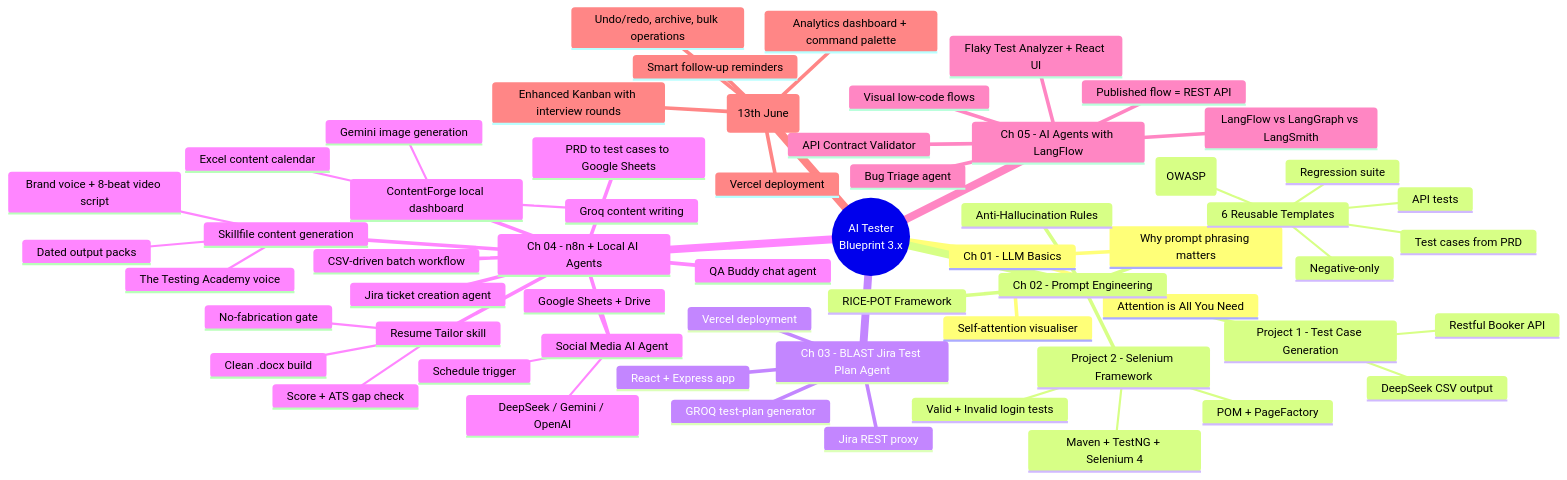
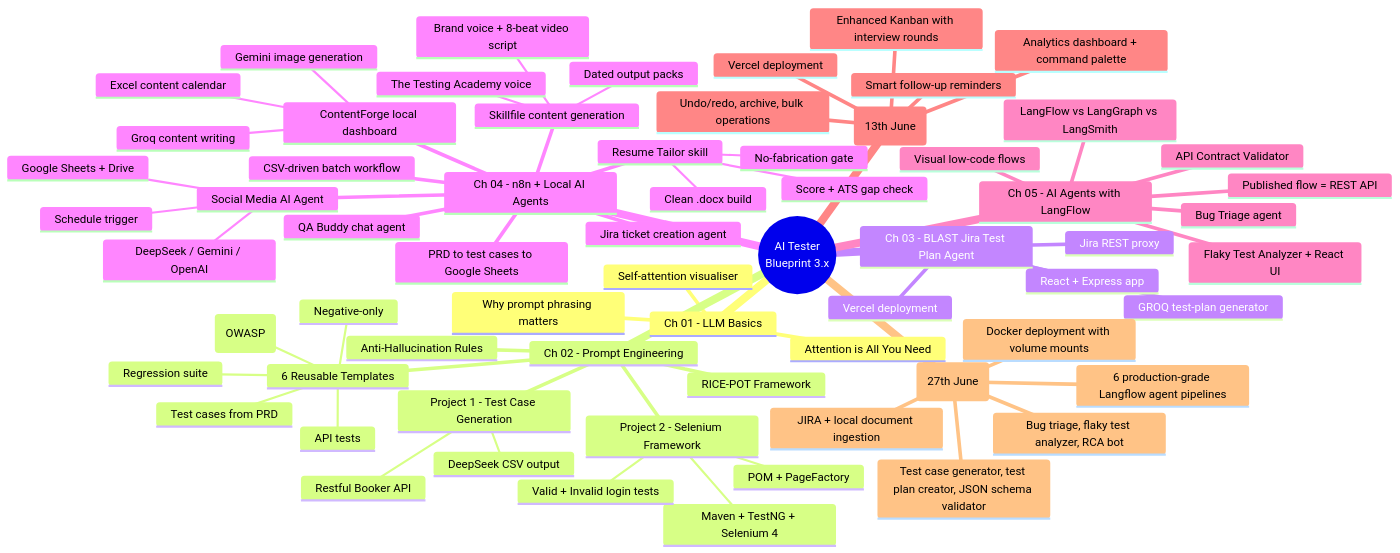
Before and after one commit to RJ-626/Learn_AITester_batch3x: the first of 7 diagrams in README.md, drawn with Mermaid. The commit also changed other lines of this file and 7 other files, not shown here.

First line of the commit message:
Add Live Task 27th June — 6 LangFlow QA agent pipelines

````diff
--- a/README.md
+++ b/README.md
@@ -29,63 +30,69 @@
 ```mermaid
 mindmap
   root((AI Tester<br/>Blueprint 3.x))
     Ch 01 - LLM Basics
       Attention is All You Need
       Self-attention visualiser
       Why prompt phrasing matters
     Ch 02 - Prompt Engineering
       Anti-Hallucination Rules
       RICE-POT Framework
       Project 1 - Test Case Generation
         Restful Booker API
         DeepSeek CSV output
       Project 2 - Selenium Framework
         Maven + TestNG + Selenium 4
         POM + PageFactory
         Valid + Invalid login tests
       6 Reusable Templates
         Test cases from PRD
         API tests
         Negative-only
         Security (OWASP)
         Regression suite
     Ch 03 - BLAST Jira Test Plan Agent
       React + Express app
       Jira REST proxy
       GROQ test-plan generator
       Vercel deployment
     Ch 04 - n8n + Local AI Agents
       QA Buddy chat agent
       Jira ticket creation agent
       PRD to test cases to Google Sheets
       CSV-driven batch workflow
       ContentForge local dashboard
         Groq content writing
         Gemini image generation
         Excel content calendar
       Skillfile content generation
         The Testing Academy voice
         Brand voice + 8-beat video script
         Dated output packs
       Social Media AI Agent
         Schedule trigger
         DeepSeek / Gemini / OpenAI
         Google Sheets + Drive
       Resume Tailor skill
         Score + ATS gap check
         No-fabrication gate
         Clean .docx build
     Ch 05 - AI Agents with LangFlow
       Visual low-code flows
       Published flow = REST API
       Flaky Test Analyzer + React UI
       API Contract Validator
       Bug Triage agent
       LangFlow vs LangGraph vs LangSmith
     Live Task - Job Tracker (13th June)
       Enhanced Kanban with interview rounds
       Analytics dashboard + command palette
       Undo/redo, archive, bulk operations
       Smart follow-up reminders
       Vercel deployment
+    Live Task - LangFlow QA Agents (27th June)
+      6 production-grade Langflow agent pipelines
+      Bug triage, flaky test analyzer, RCA bot
+      Test case generator, test plan creator, JSON schema validator
+      JIRA + local document ingestion
+      Docker deployment with volume mounts
 ```
````
